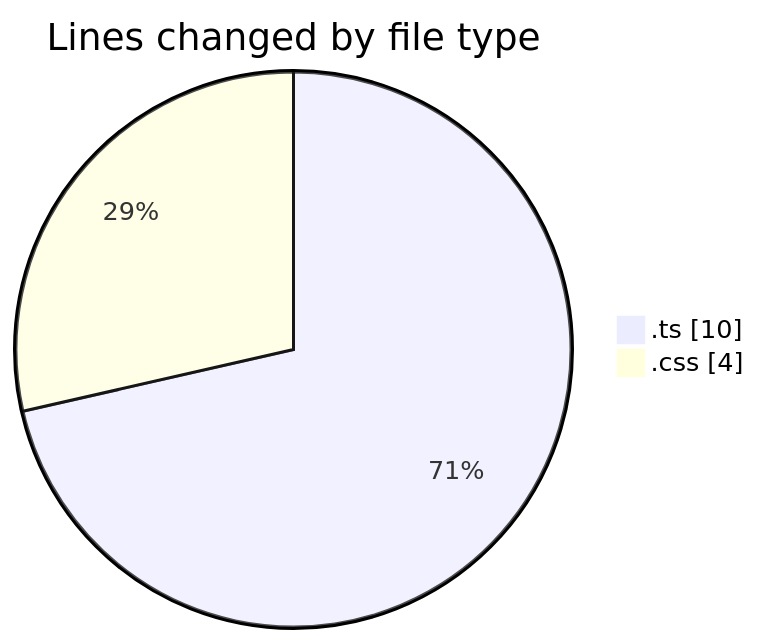
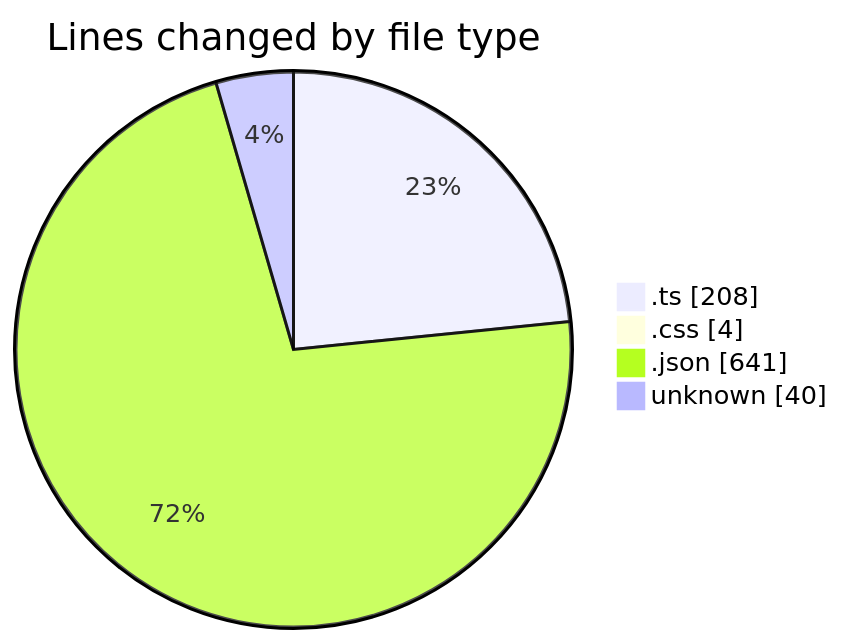
Before and after one commit to EIIisD/code-tracking: the first of 2 diagrams in 2025-07-13/tampermonkey/README.md, drawn with Mermaid. The commit also changed other lines of this file and 1 other file, not shown here.

````diff
--- a/2025-07-13/tampermonkey/README.md
+++ b/2025-07-13/tampermonkey/README.md
@@ -22,6 +31,8 @@
 ```mermaid
 pie showData
 title Lines changed by file type
-".ts" : 10
+".ts" : 208
 ".css" : 4
+".json" : 641
+"unknown" : 40
 ```
````
